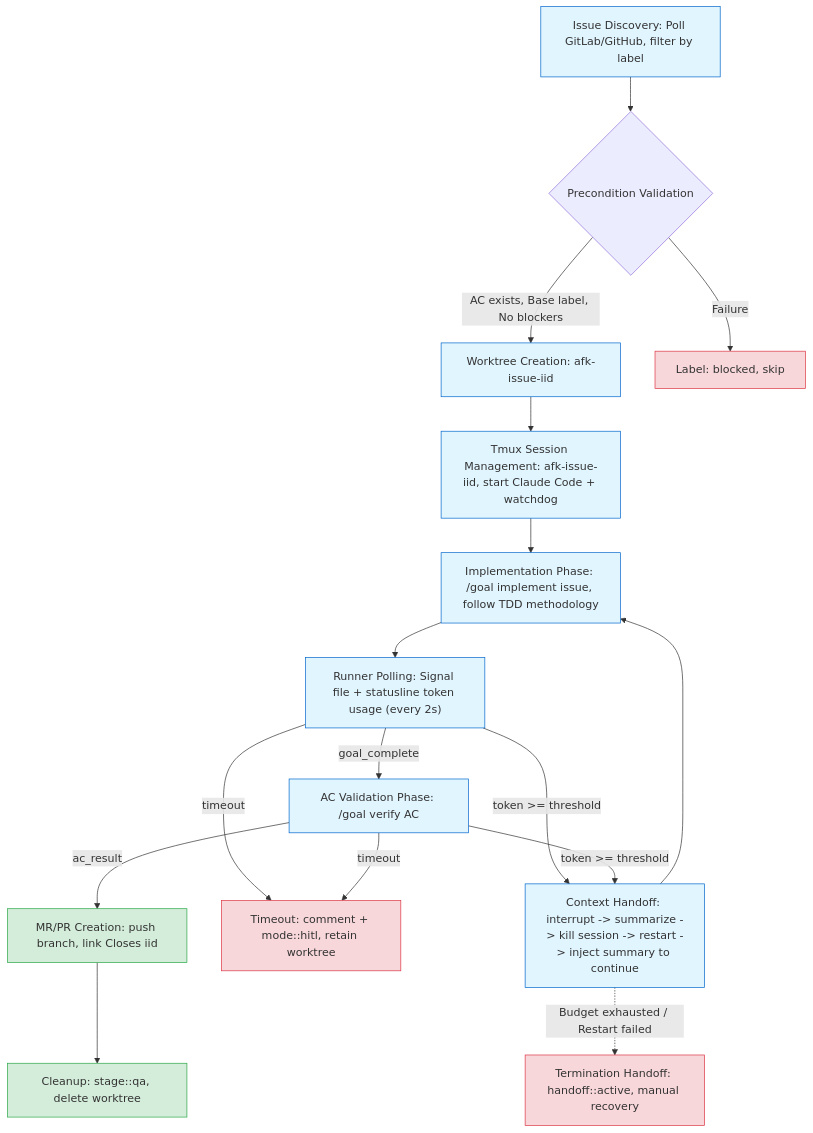
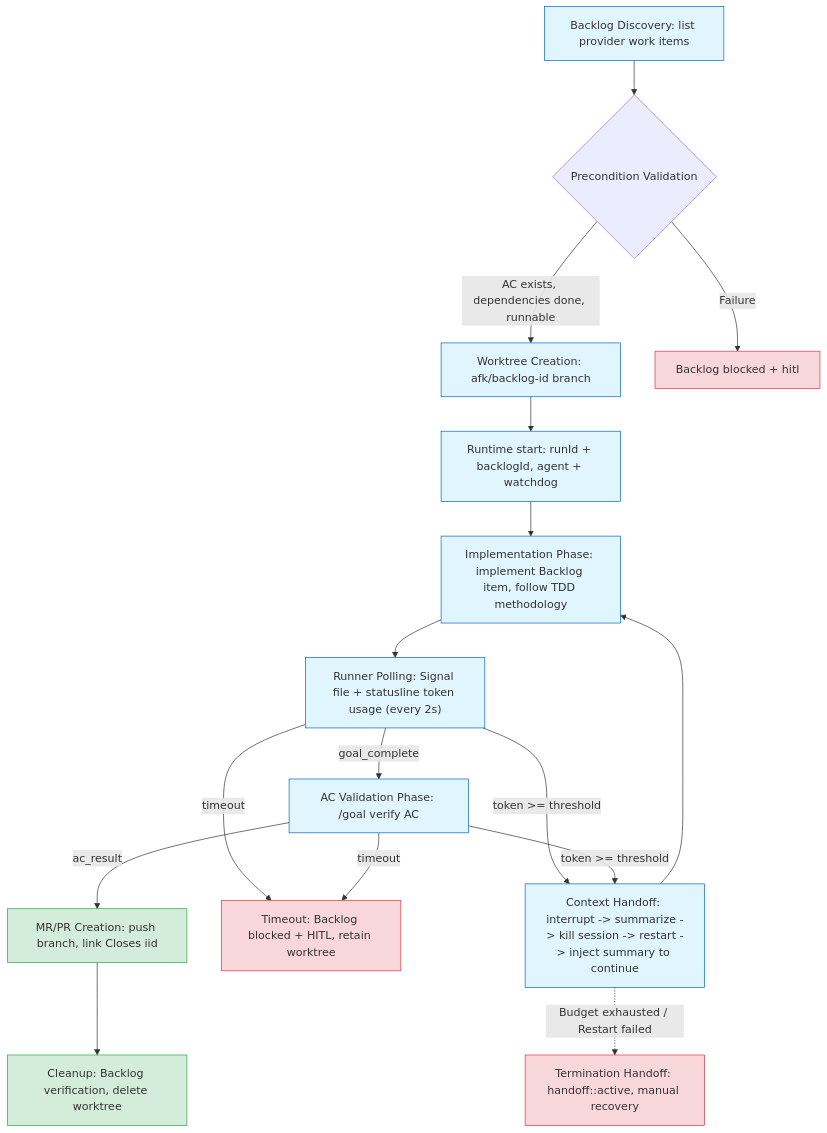
The first of 9 diagrams in docs/WORKFLOWS.md (easyhaloo/afk), drawn with Mermaid before and after one commit. The commit also changed other lines of this file and 87 other files, not shown here.

Commit message:
feat(backlog): link work items with runtime execution

````diff
--- a/docs/WORKFLOWS.md
+++ b/docs/WORKFLOWS.md
@@ -60,31 +59,31 @@
 ```mermaid
 flowchart TD
-    A["Issue Discovery: Poll GitLab/GitHub, filter by label"] --> B{"Precondition Validation"}
-    B -->|"AC exists, Base label, No blockers"| C["Worktree Creation: afk-issue-iid"]
-    B -->|Failure| Z1["Label: blocked, skip"]
+    A["Backlog Discovery: list provider work items"] --> B{"Precondition Validation"}
+    B -->|"AC exists, dependencies done, runnable"| C["Worktree Creation: afk/backlog-id branch"]
+    B -->|Failure| Z1["Backlog blocked + hitl"]
 
-    C --> D["Tmux Session Management: afk-issue-iid, start Claude Code + watchdog"]
-    D --> E["Implementation Phase: /goal implement issue, follow TDD methodology"]
+    C --> D["Runtime start: runId + backlogId, agent + watchdog"]
+    D --> E["Implementation Phase: implement Backlog item, follow TDD methodology"]
     E --> F["Runner Polling: Signal file + statusline token usage (every 2s)"]
 
     F -->|goal_complete| G["AC Validation Phase: /goal verify AC"]
     F -->|"token >= threshold"| H["Context Handoff: interrupt -> summarize -> kill session -> restart -> inject summary to continue"]
-    F -->|timeout| Z2["Timeout: comment + mode::hitl, retain worktree"]
+    F -->|timeout| Z2["Timeout: Backlog blocked + HITL, retain worktree"]
 
     G -->|ac_result| I["MR/PR Creation: push branch, link Closes iid"]
     G -->|"token >= threshold"| H
     G -->|timeout| Z2
 
     H --> E
     H -.->|"Budget exhausted / Restart failed"| Z3["Termination Handoff: handoff::active, manual recovery"]
 
-    I --> J["Cleanup: stage::qa, delete worktree"]
+    I --> J["Cleanup: Backlog verification, delete worktree"]
 
     classDef success fill:#d4edda,stroke:#28a745
     classDef fail fill:#f8d7da,stroke:#dc3545
     classDef process fill:#e1f5ff,stroke:#0066cc
 
     class I,J success
     class Z1,Z2,Z3 fail
     class A,C,D,E,F,G,H process
 ```
````
